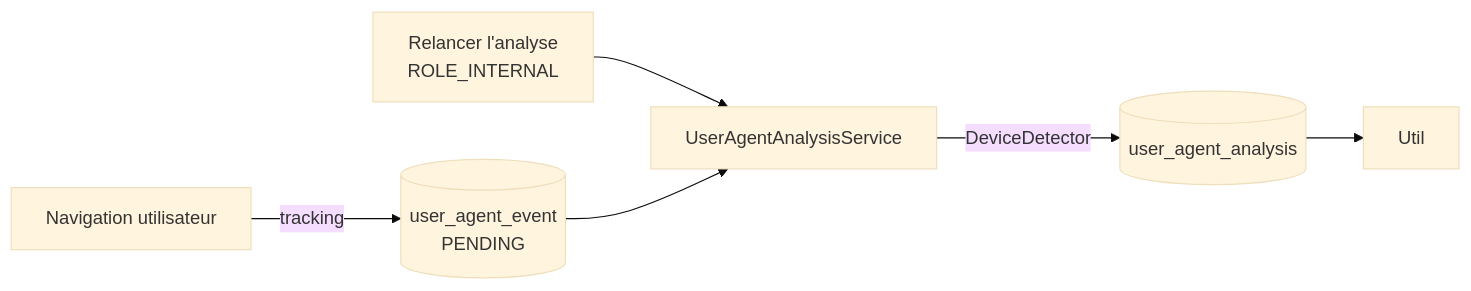
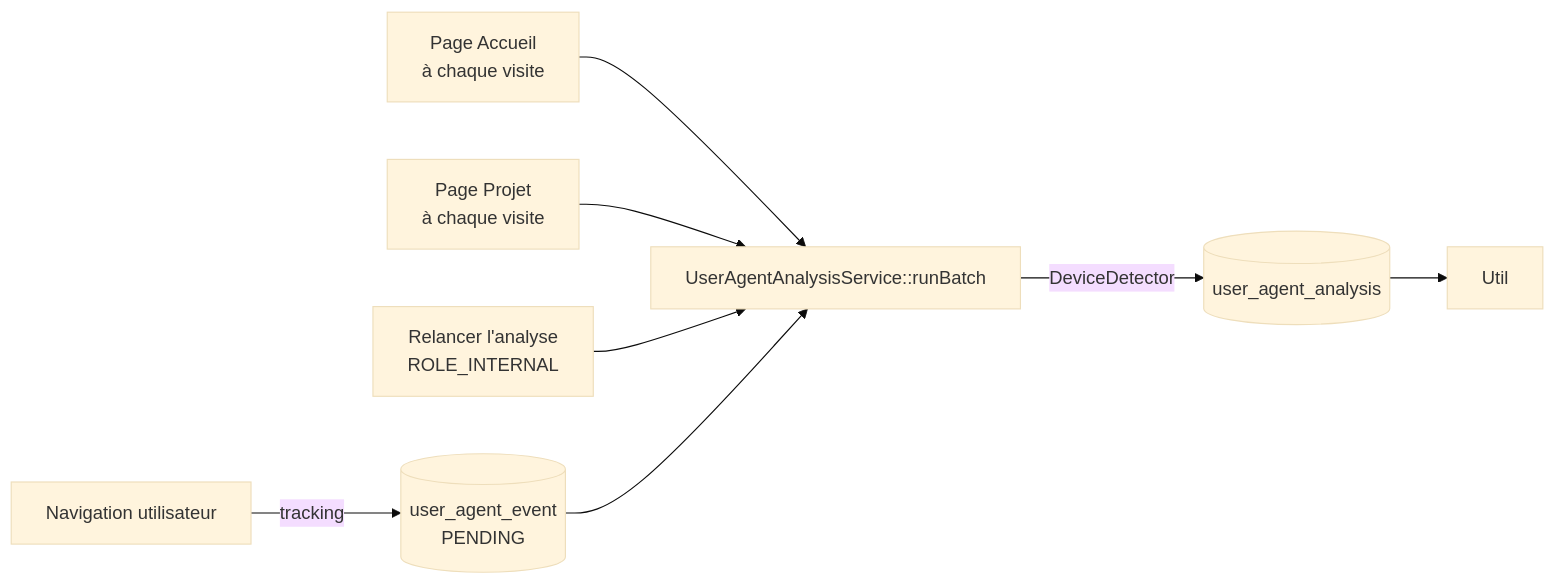
The second of 2 diagrams in mkDocs/docs/ma-moulinette/application/statistiques.md (Laurent-hadjadj/ma-moulinette), drawn with Mermaid (base theme) before and after one commit. The commit also changed other lines of this file and 7 other files, not shown here.

Commit message:
Fix: Alignement du batch User-Agent sur la page Accueil (paramètre configurable, PHPStan, convention de log) + protection contre le traitement concurrent d'un même événement (FOR UPDATE SKIP LOCKED).

````diff
--- a/mkDocs/docs/ma-moulinette/application/statistiques.md
+++ b/mkDocs/docs/ma-moulinette/application/statistiques.md
@@ -75,8 +75,10 @@
 ```mermaid
 flowchart LR
     Nav[Navigation utilisateur] -->|tracking| Evt[(user_agent_event<br/>PENDING)]
-    Btn["Relancer l'analyse<br/>ROLE_INTERNAL"] --> Batch[UserAgentAnalysisService]
+    Accueil["Page Accueil<br/>à chaque visite"] --> Batch[UserAgentAnalysisService::runBatch]
+    Projet["Page Projet<br/>à chaque visite"] --> Batch
+    Btn["Relancer l'analyse<br/>ROLE_INTERNAL"] --> Batch
     Evt --> Batch
     Batch -->|DeviceDetector| Ana[(user_agent_analysis)]
     Ana --> Util
 ```
````
